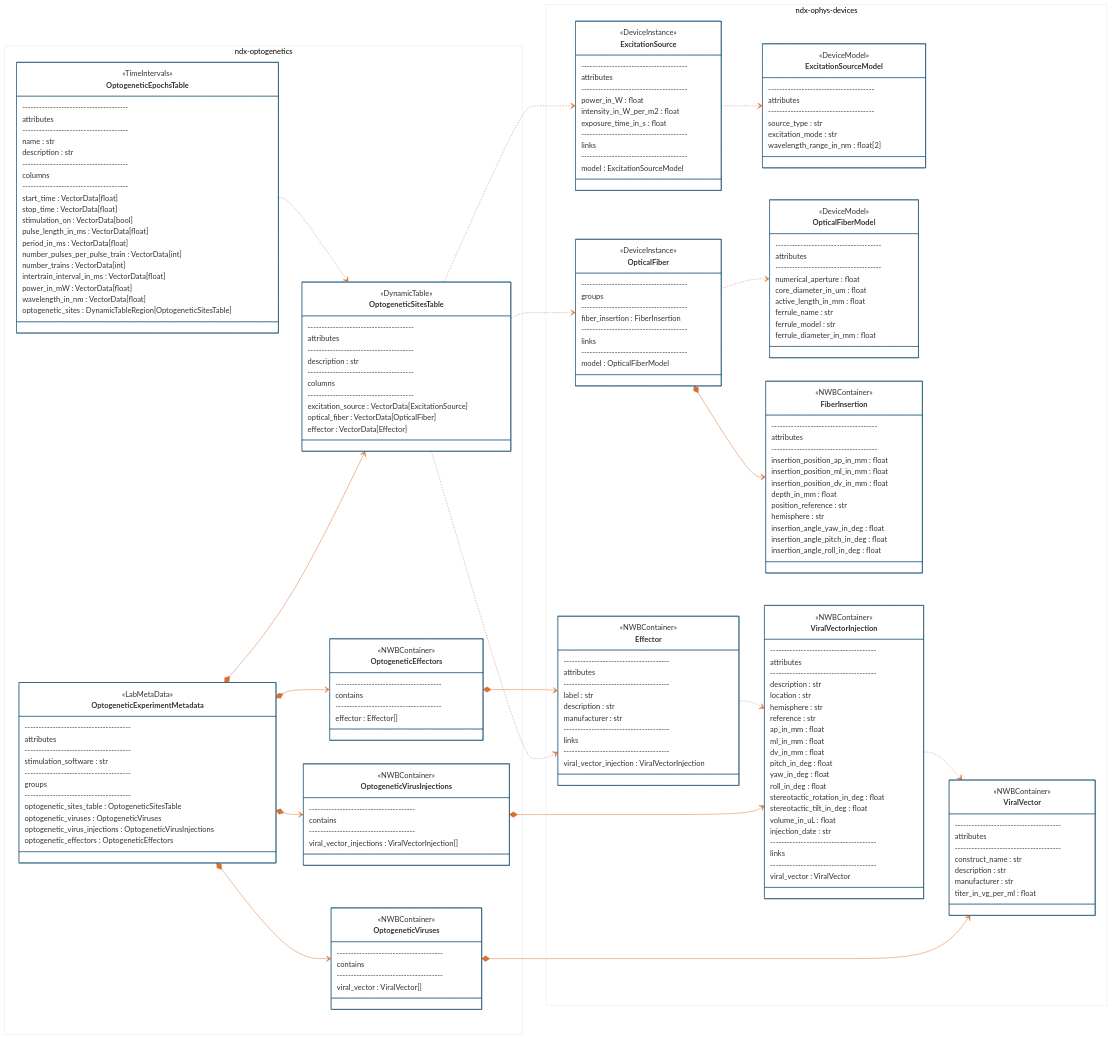
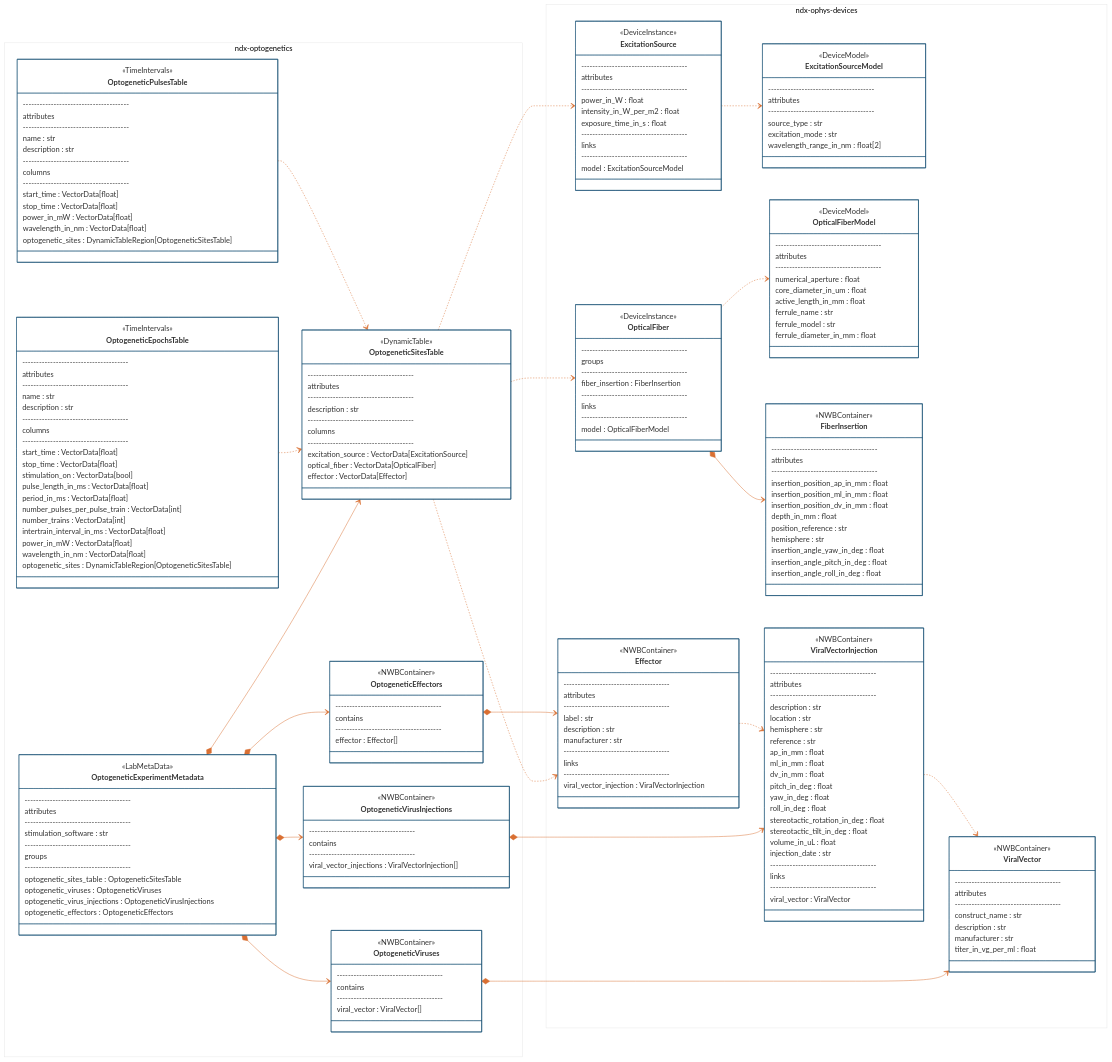
The diagram in README.md (rly/ndx-optogenetics), drawn with Mermaid before and after one commit. The commit also changed other lines of this file and 1 other file, not shown here.

```diff
--- a/README.md
+++ b/README.md
@@ -161,6 +175,24 @@
             number_pulses_per_pulse_train : VectorData[int]
             number_trains : VectorData[int]
             intertrain_interval_in_ms : VectorData[float]
+            power_in_mW : VectorData[float]
+            wavelength_in_nm : VectorData[float]
+            optogenetic_sites : DynamicTableRegion[OptogeneticSitesTable]
+        }
+
+        class OptogeneticPulsesTable {
+            <<TimeIntervals>>
+            --------------------------------------
+            attributes
+            --------------------------------------
+            name : str
+            description : str
+
+            --------------------------------------
+            columns
+            --------------------------------------
+            start_time : VectorData[float]
+            stop_time : VectorData[float]
             power_in_mW : VectorData[float]
             wavelength_in_nm : VectorData[float]
             optogenetic_sites : DynamicTableRegion[OptogeneticSitesTable]
@@ -351,6 +383,7 @@
     OptogeneticVirusInjections *--> ViralVectorInjection
     OptogeneticEffectors *--> Effector
     OptogeneticEpochsTable ..> OptogeneticSitesTable
+    OptogeneticPulsesTable ..> OptogeneticSitesTable
     ExcitationSource ..> ExcitationSourceModel
     OpticalFiber ..> OpticalFiberModel
     OpticalFiber *--> FiberInsertion
```
